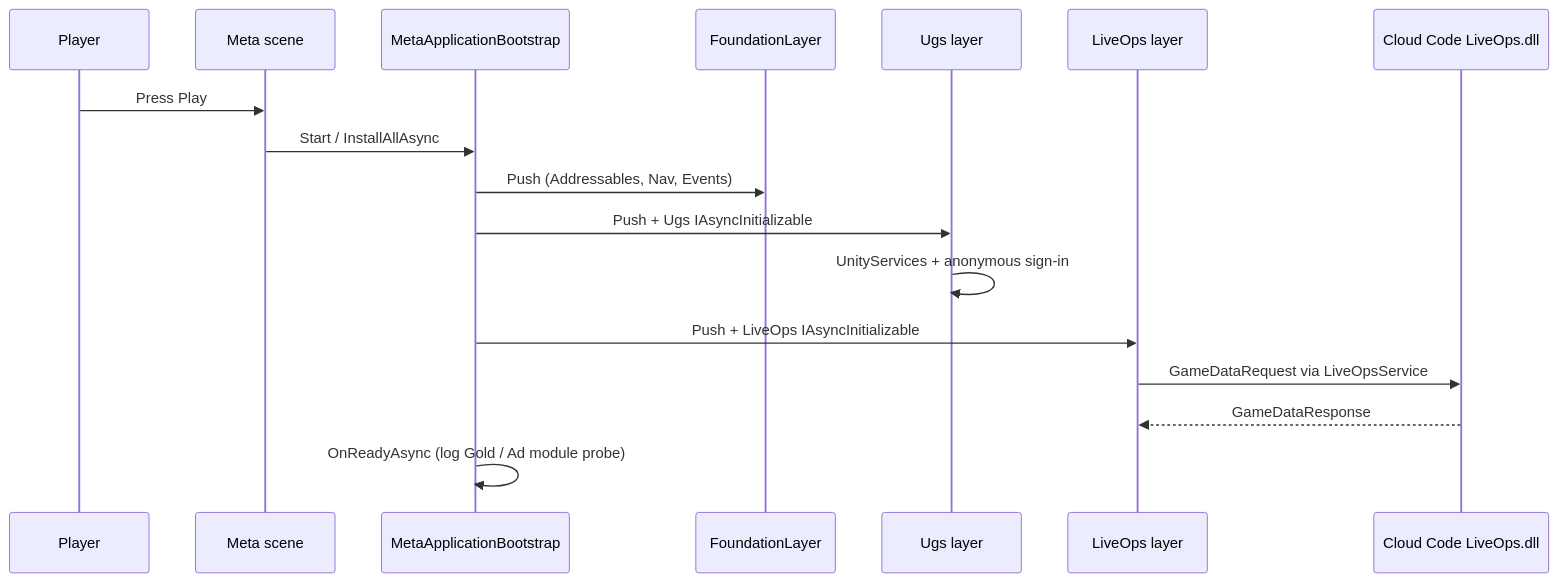
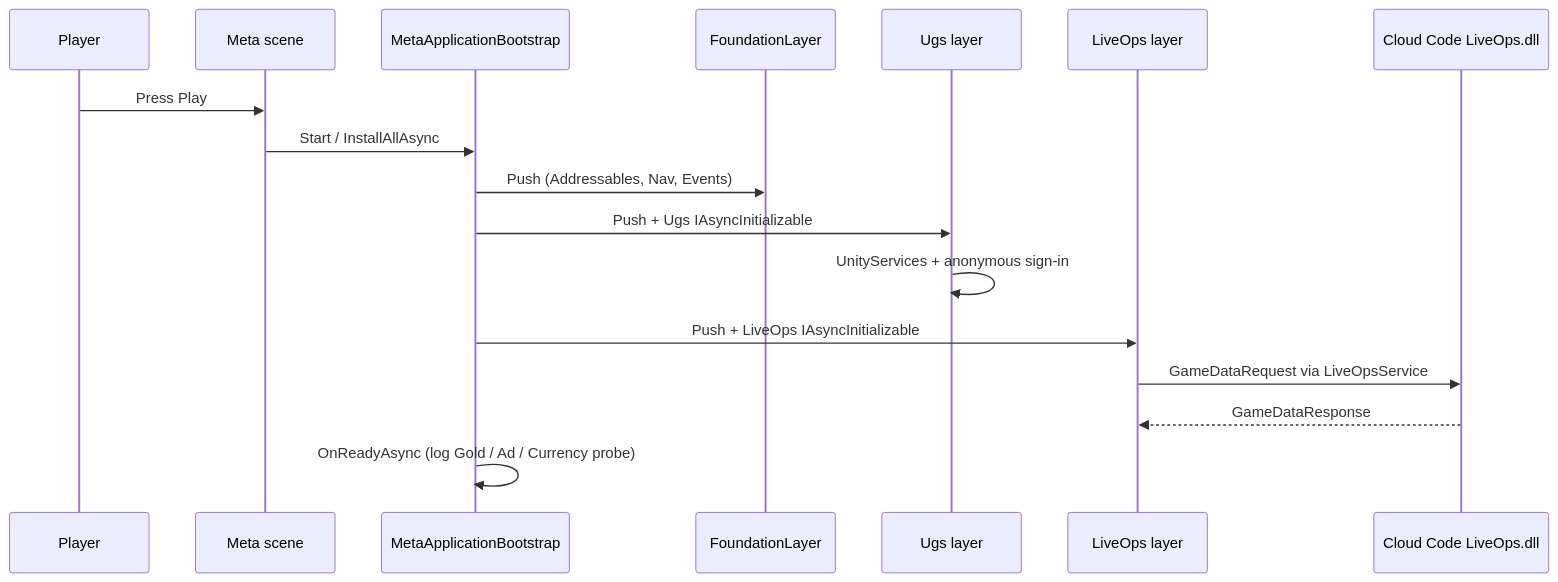
One commit to DuckDuckWeasel/Gear-Engine changed the second of 2 diagrams in Docs/LiveOps/Bootstrap.md. Above: the diagram before and after it, drawn with Mermaid. The commit also changed other lines of this file and 39 other files, not shown here.

````diff
--- a/Docs/LiveOps/Bootstrap.md
+++ b/Docs/LiveOps/Bootstrap.md
@@ -42,20 +42,20 @@
 ```mermaid
 sequenceDiagram
     participant Player
     participant Meta as Meta scene
     participant Boot as MetaApplicationBootstrap
     participant Found as FoundationLayer
     participant UGS as Ugs layer
     participant Lo as LiveOps layer
     participant Server as Cloud Code LiveOps.dll
 
     Player->>Meta: Press Play
     Meta->>Boot: Start / InstallAllAsync
     Boot->>Found: Push (Addressables, Nav, Events)
     Boot->>UGS: Push + Ugs IAsyncInitializable
     UGS->>UGS: UnityServices + anonymous sign-in
     Boot->>Lo: Push + LiveOps IAsyncInitializable
     Lo->>Server: GameDataRequest via LiveOpsService
     Server-->>Lo: GameDataResponse
-    Boot->>Boot: OnReadyAsync (log Gold / Ad module probe)
+    Boot->>Boot: OnReadyAsync (log Gold / Ad / Currency probe)
 ```
````
